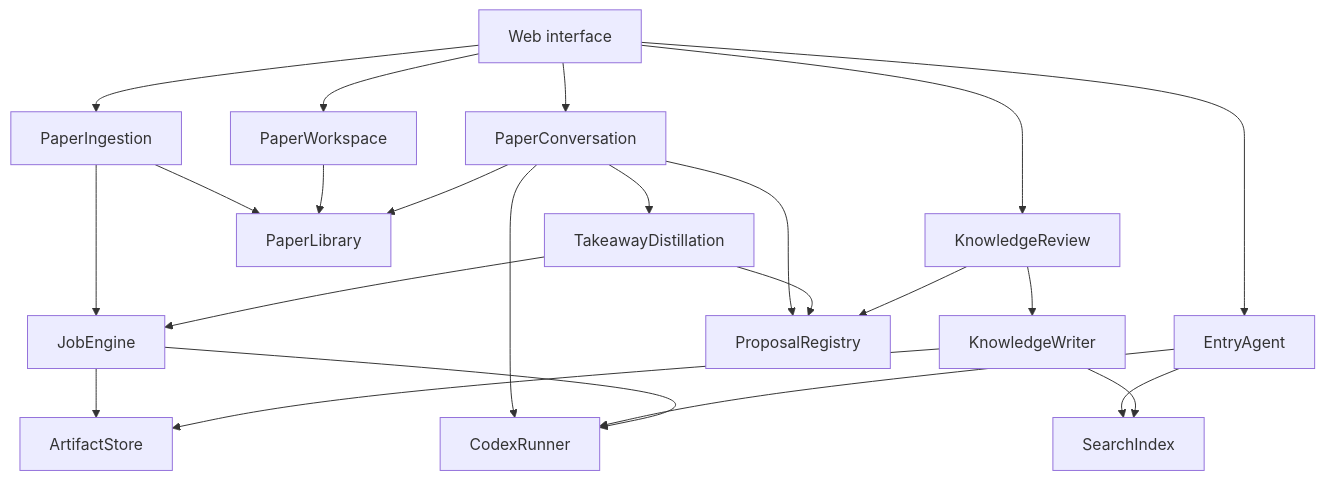
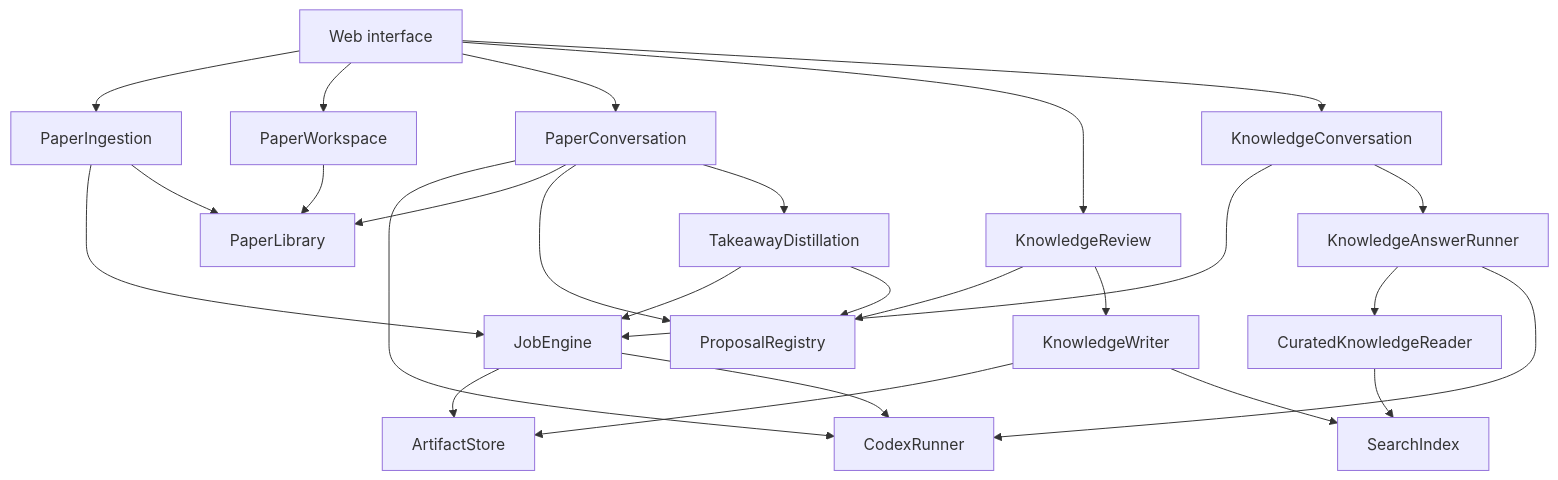
One commit to FreemanHsu/ScholarLoom changed the second of 2 diagrams in docs/architecture.md. Above: the diagram before and after it, drawn with Mermaid. The commit also changed other lines of this file and 54 other files, not shown here.

````diff
--- a/docs/architecture.md
+++ b/docs/architecture.md
@@ -106,27 +107,30 @@
 ```mermaid
 flowchart TD
     HTTP["Web interface"] --> PI["PaperIngestion"]
     HTTP --> PW["PaperWorkspace"]
     HTTP --> PC["PaperConversation"]
     HTTP --> KR["KnowledgeReview"]
-    HTTP --> EA["EntryAgent"]
+    HTTP --> KQ["KnowledgeConversation"]
 
     PI --> JE["JobEngine"]
     PI --> PL["PaperLibrary"]
     PW --> PL
     PC --> CR["CodexRunner"]
     PC --> PL
     PC --> PR["ProposalRegistry"]
     PC --> TD["TakeawayDistillation"]
     TD --> JE
     TD --> PR
     KR --> PR
     KR --> KW["KnowledgeWriter"]
-    EA --> SI["SearchIndex"]
-    EA --> CR
+    KQ --> JE
+    KQ --> KAR["KnowledgeAnswerRunner"]
+    KAR --> CKR["CuratedKnowledgeReader"]
+    CKR --> SI["SearchIndex"]
+    KAR --> CR
 
     JE --> AS["ArtifactStore"]
     JE --> CR
     KW --> AS
     KW --> SI
 ```
````
